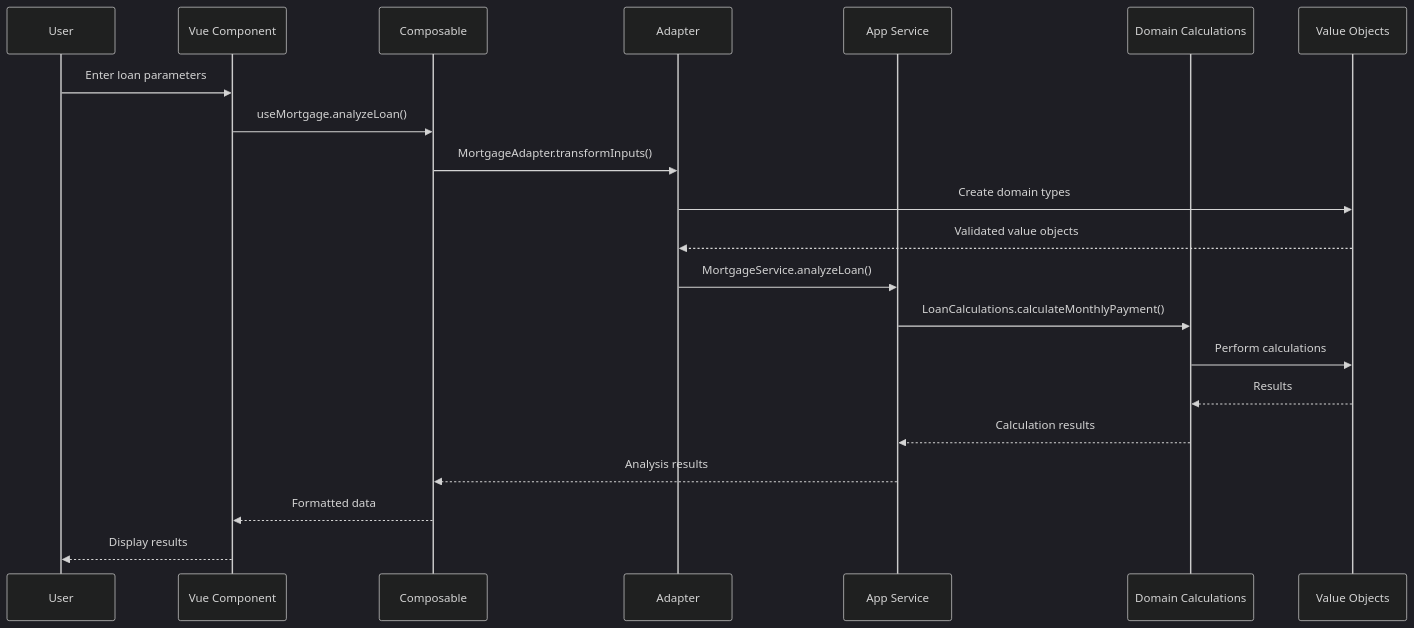
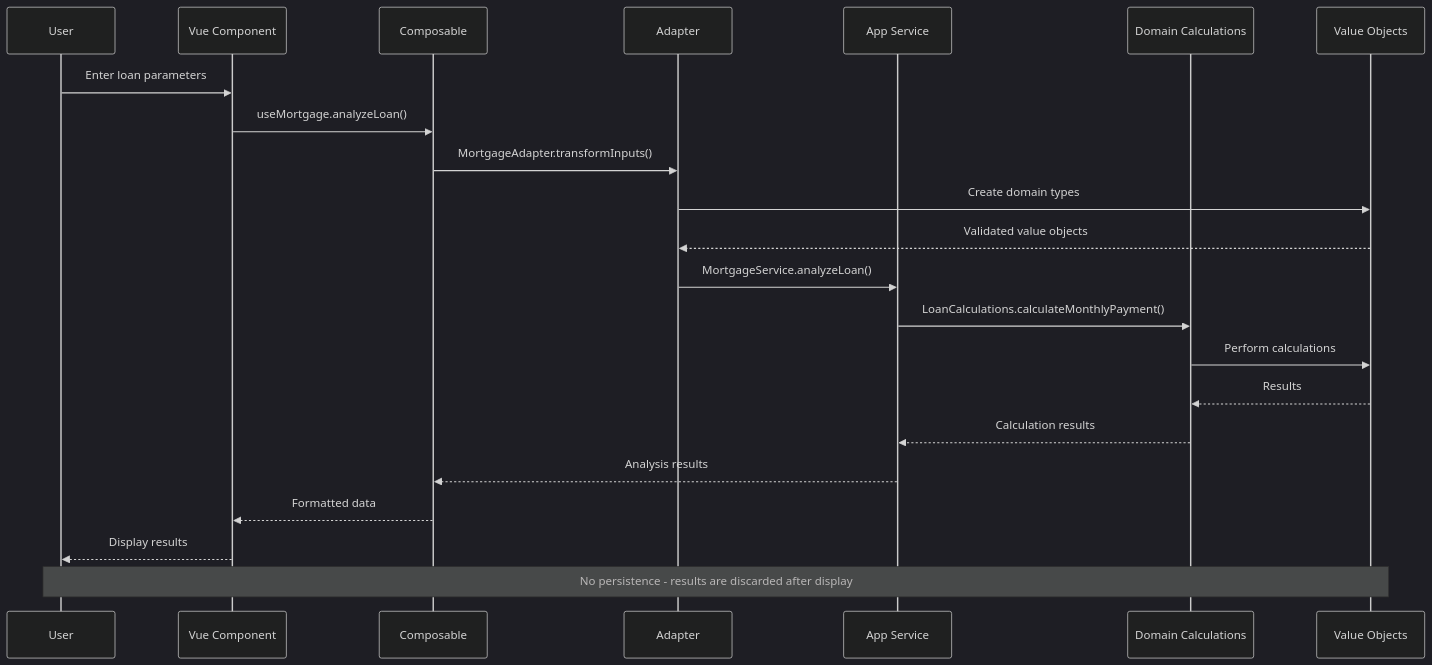
One commit to AleksejDix/grundstein changed the fifth of 6 diagrams in docs/ARCHITECTURE.md. Above: the diagram before and after it, drawn with Mermaid (dark theme). The commit also changed other lines of this file and 6 other files, not shown here.

````diff
--- a/docs/ARCHITECTURE.md
+++ b/docs/ARCHITECTURE.md
@@ -266,24 +250,26 @@
 ```mermaid
 sequenceDiagram
     participant U as User
     participant V as Vue Component
     participant C as Composable
     participant A as Adapter
     participant S as App Service
     participant D as Domain Calculations
     participant VO as Value Objects
 
     U->>V: Enter loan parameters
     V->>C: useMortgage.analyzeLoan()
     C->>A: MortgageAdapter.transformInputs()
     A->>VO: Create domain types
     VO-->>A: Validated value objects
     A->>S: MortgageService.analyzeLoan()
     S->>D: LoanCalculations.calculateMonthlyPayment()
     D->>VO: Perform calculations
     VO-->>D: Results
     D-->>S: Calculation results
     S-->>C: Analysis results
     C-->>V: Formatted data
     V-->>U: Display results
+
+    Note over U,VO: No persistence - results are discarded after display
 ```
````
